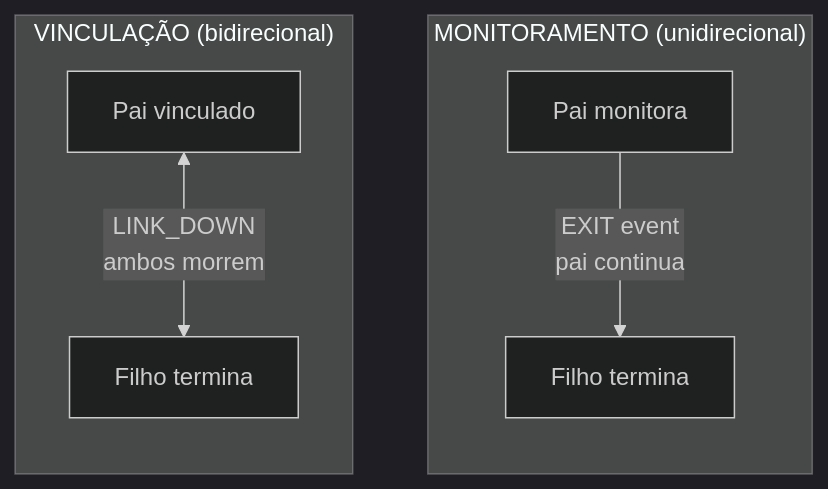
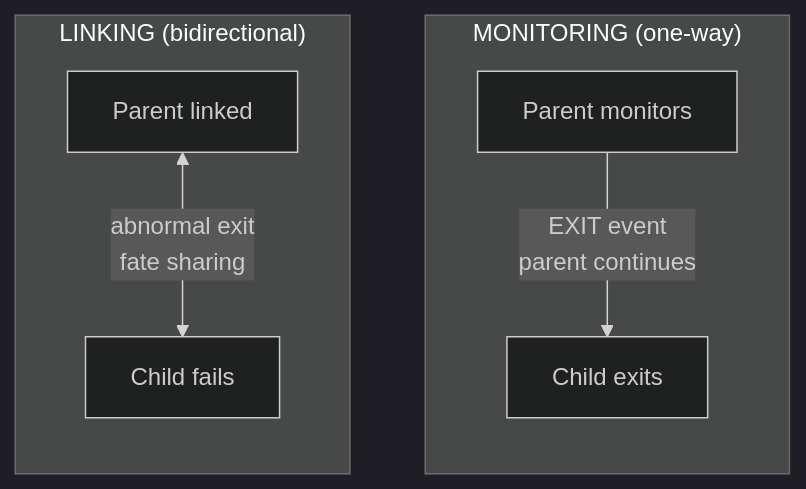
One commit to wippyai/docs changed the diagram in pt/tutorials/supervision.md. Above: the diagram before and after it, drawn with Mermaid (dark theme). The commit also changed other lines of this file and 870 other files, not shown here.

````diff
--- a/pt/tutorials/supervision.md
+++ b/pt/tutorials/supervision.md
@@ -22,12 +41,12 @@
 ```mermaid
 flowchart TB
-    subgraph Monitoring["MONITORAMENTO (unidirecional)"]
+    subgraph Monitoring["MONITORING (one-way)"]
         direction TB
-        P1[Pai monitora] -->|EXIT event<br/>pai continua| C1[Filho termina]
+        P1[Parent monitors] -->|EXIT event<br/>parent continues| C1[Child exits]
     end
 
-    subgraph Linking["VINCULAÇÃO (bidirecional)"]
+    subgraph Linking["LINKING (bidirectional)"]
         direction TB
-        P2[Pai vinculado] <-->|LINK_DOWN<br/>ambos morrem| C2[Filho termina]
+        P2[Parent linked] <-->|abnormal exit<br/>fate sharing| C2[Child fails]
     end
 ```
````
